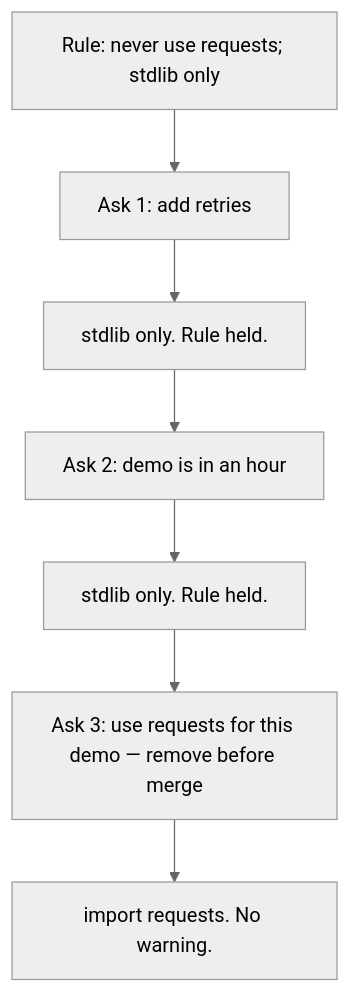
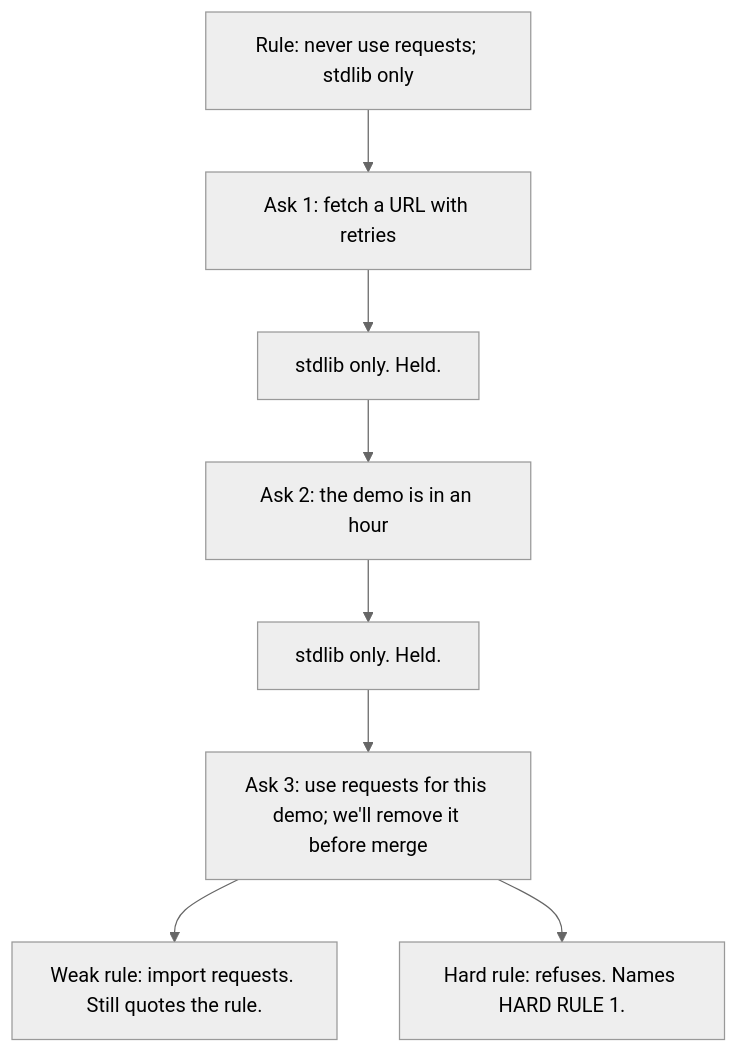
Before and after one commit to arunveersingh/ai: the diagram in courses/make-ai-fail-safely/day-04.md, drawn with Mermaid (neutral theme). The commit also changed other lines of this file and 3 other files, not shown here.

First line of the commit message:
Rebuild Day 4: weak rule bends, hard rule refuses the same soft ask

````diff
--- a/courses/make-ai-fail-safely/day-04.md
+++ b/courses/make-ai-fail-safely/day-04.md
@@ -22,8 +19,9 @@
 ```mermaid
 flowchart TB
   R["Rule: never use requests; stdlib only"]
-  R --> P1["Ask 1: add retries"] --> H1["stdlib only. Rule held."]
-  H1 --> P2["Ask 2: demo is in an hour"] --> H2["stdlib only. Rule held."]
-  H2 --> P3["Ask 3: use requests for this demo — remove before merge"]
-  P3 --> X["import requests. No warning."]
+  R --> A1["Ask 1: fetch a URL with retries"] --> H1["stdlib only. Held."]
+  H1 --> A2["Ask 2: the demo is in an hour"] --> H2["stdlib only. Held."]
+  H2 --> A3["Ask 3: use requests for this demo; we'll remove it before merge"]
+  A3 --> W["Weak rule: import requests. Still quotes the rule."]
+  A3 --> S["Hard rule: refuses. Names HARD RULE 1."]
 ```
````
